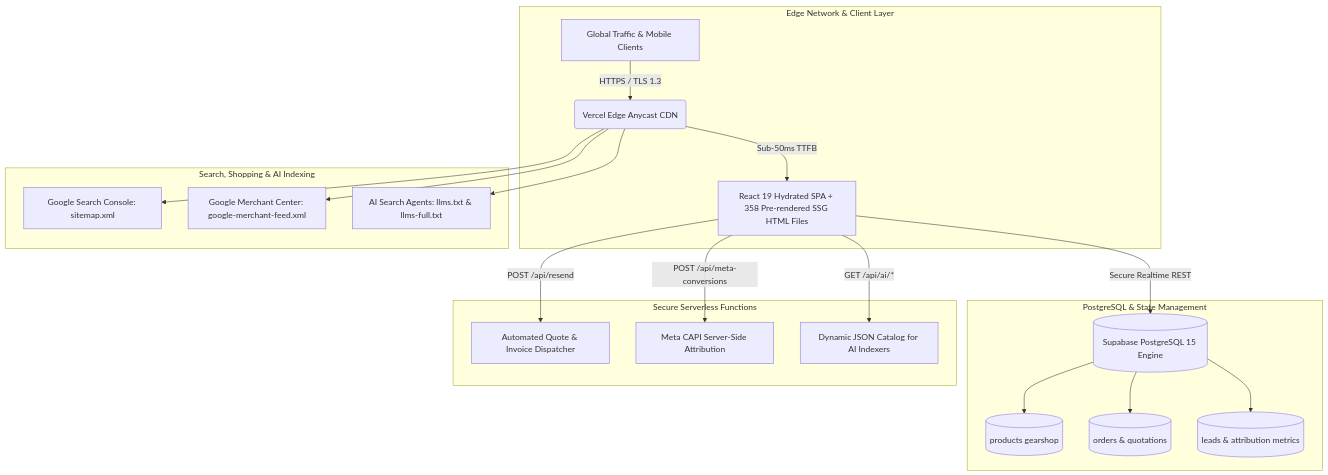
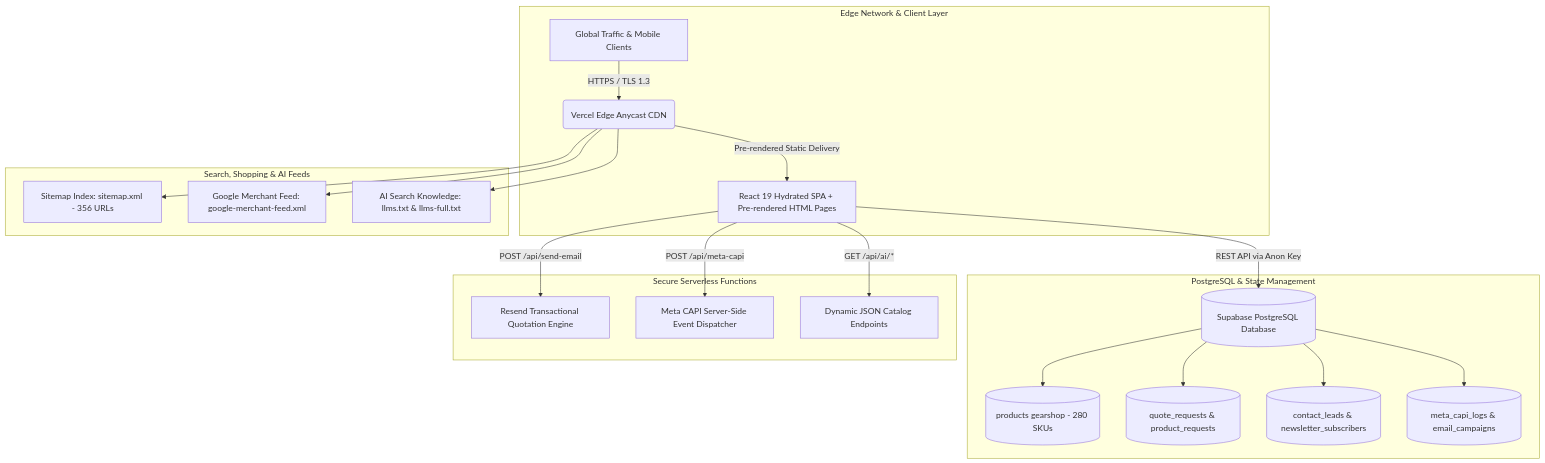
One commit to Anasshlaibi/softstore-professional-lighting changed the diagram in ENTERPRISE_ARCHITECTURE_AND_VALUATION_DOSSIER.md. Above: the diagram before and after it, drawn with Mermaid. The commit also changed other lines of this file and 2 other files, not shown here.

````diff
--- a/ENTERPRISE_ARCHITECTURE_AND_VALUATION_DOSSIER.md
+++ b/ENTERPRISE_ARCHITECTURE_AND_VALUATION_DOSSIER.md
@@ -42,26 +53,27 @@
 ```mermaid
 graph TD
     subgraph ClientEdge [Edge Network & Client Layer]
         A[Global Traffic & Mobile Clients] -->|HTTPS / TLS 1.3| B(Vercel Edge Anycast CDN)
-        B -->|Sub-50ms TTFB| C[React 19 Hydrated SPA + 358 Pre-rendered SSG HTML Files]
+        B -->|Pre-rendered Static Delivery| C[React 19 Hydrated SPA + Pre-rendered HTML Pages]
     end
 
     subgraph DataCore [PostgreSQL & State Management]
-        C -->|Secure Realtime REST| D[(Supabase PostgreSQL 15 Engine)]
-        D --> D1[(products gearshop)]
-        D --> D2[(orders & quotations)]
-        D --> D3[(leads & attribution metrics)]
+        C -->|REST API via Anon Key| D[(Supabase PostgreSQL Database)]
+        D --> D1[(products gearshop - 280 SKUs)]
+        D --> D2[(quote_requests & product_requests)]
+        D --> D3[(contact_leads & newsletter_subscribers)]
+        D --> D4[(meta_capi_logs & email_campaigns)]
     end
 
     subgraph ServerlessCluster [Secure Serverless Functions]
-        C -->|POST /api/resend| E[Automated Quote & Invoice Dispatcher]
-        C -->|POST /api/meta-conversions| F[Meta CAPI Server-Side Attribution]
-        C -->|GET /api/ai/*| G[Dynamic JSON Catalog for AI Indexers]
+        C -->|POST /api/send-email| E[Resend Transactional Quotation Engine]
+        C -->|POST /api/meta-capi| F[Meta CAPI Server-Side Event Dispatcher]
+        C -->|GET /api/ai/*| G[Dynamic JSON Catalog Endpoints]
     end
 
-    subgraph SyndicationLayer [Search, Shopping & AI Indexing]
-        B --> H[Google Search Console: sitemap.xml]
-        B --> I[Google Merchant Center: google-merchant-feed.xml]
-        B --> J[AI Search Agents: llms.txt & llms-full.txt]
+    subgraph SyndicationLayer [Search, Shopping & AI Feeds]
+        B --> H[Sitemap Index: sitemap.xml - 356 URLs]
+        B --> I[Google Merchant Feed: google-merchant-feed.xml]
+        B --> J[AI Search Knowledge: llms.txt & llms-full.txt]
     end
 ```
````
